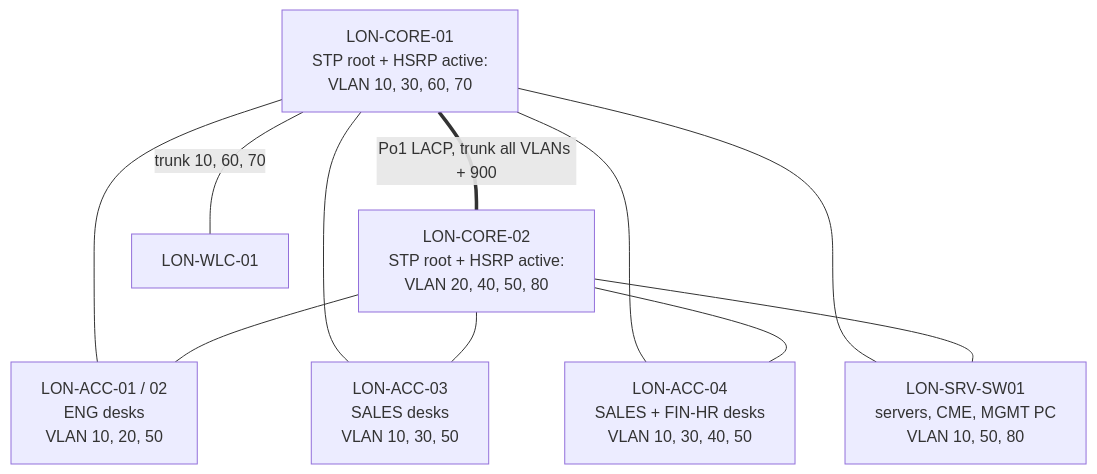
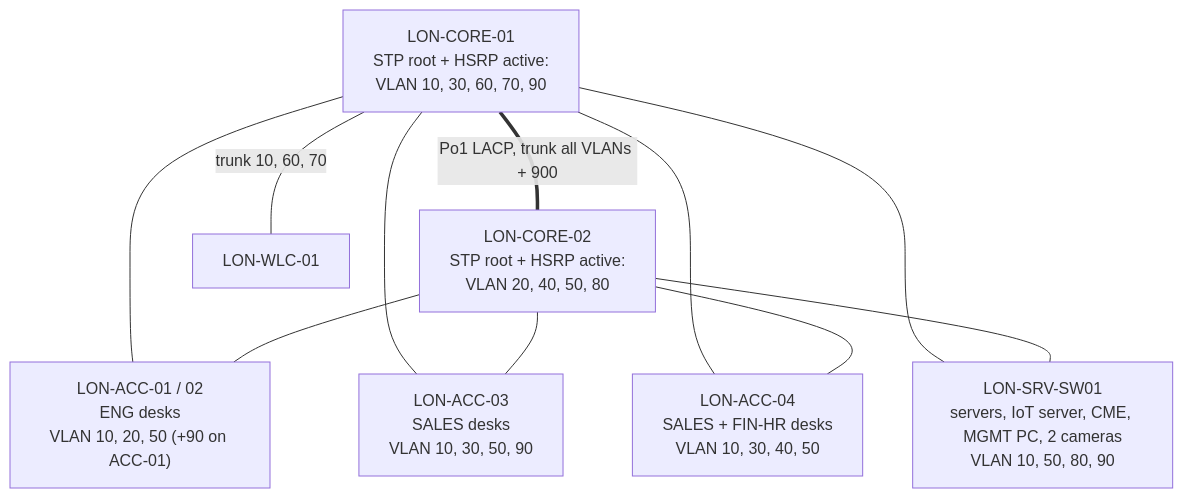
One commit to atahan99/bosphorus-enterprise-net changed the second of 9 diagrams in diagrams/README.md. Above: the diagram before and after it, drawn with Mermaid. The commit also changed other lines of this file and 55 other files, not shown here.

````diff
--- a/diagrams/README.md
+++ b/diagrams/README.md
@@ -40,13 +43,13 @@
 ```mermaid
 flowchart TB
-  C1["LON-CORE-01<br/>STP root + HSRP active:<br/>VLAN 10, 30, 60, 70"]
+  C1["LON-CORE-01<br/>STP root + HSRP active:<br/>VLAN 10, 30, 60, 70, 90"]
   C2["LON-CORE-02<br/>STP root + HSRP active:<br/>VLAN 20, 40, 50, 80"]
   C1 == "Po1 LACP, trunk all VLANs + 900" === C2
-  A1["LON-ACC-01 / 02<br/>ENG desks<br/>VLAN 10, 20, 50"]
-  A3["LON-ACC-03<br/>SALES desks<br/>VLAN 10, 30, 50"]
+  A1["LON-ACC-01 / 02<br/>ENG desks<br/>VLAN 10, 20, 50 (+90 on ACC-01)"]
+  A3["LON-ACC-03<br/>SALES desks<br/>VLAN 10, 30, 50, 90"]
   A4["LON-ACC-04<br/>SALES + FIN-HR desks<br/>VLAN 10, 30, 40, 50"]
-  S1["LON-SRV-SW01<br/>servers, CME, MGMT PC<br/>VLAN 10, 50, 80"]
+  S1["LON-SRV-SW01<br/>servers, IoT server, CME, MGMT PC, 2 cameras<br/>VLAN 10, 50, 80, 90"]
   C1 --- A1 & A3 & A4 & S1
   C2 --- A1 & A3 & A4 & S1
   C1 -- "trunk 10, 60, 70" --- WLC["LON-WLC-01"]
 ```
````
